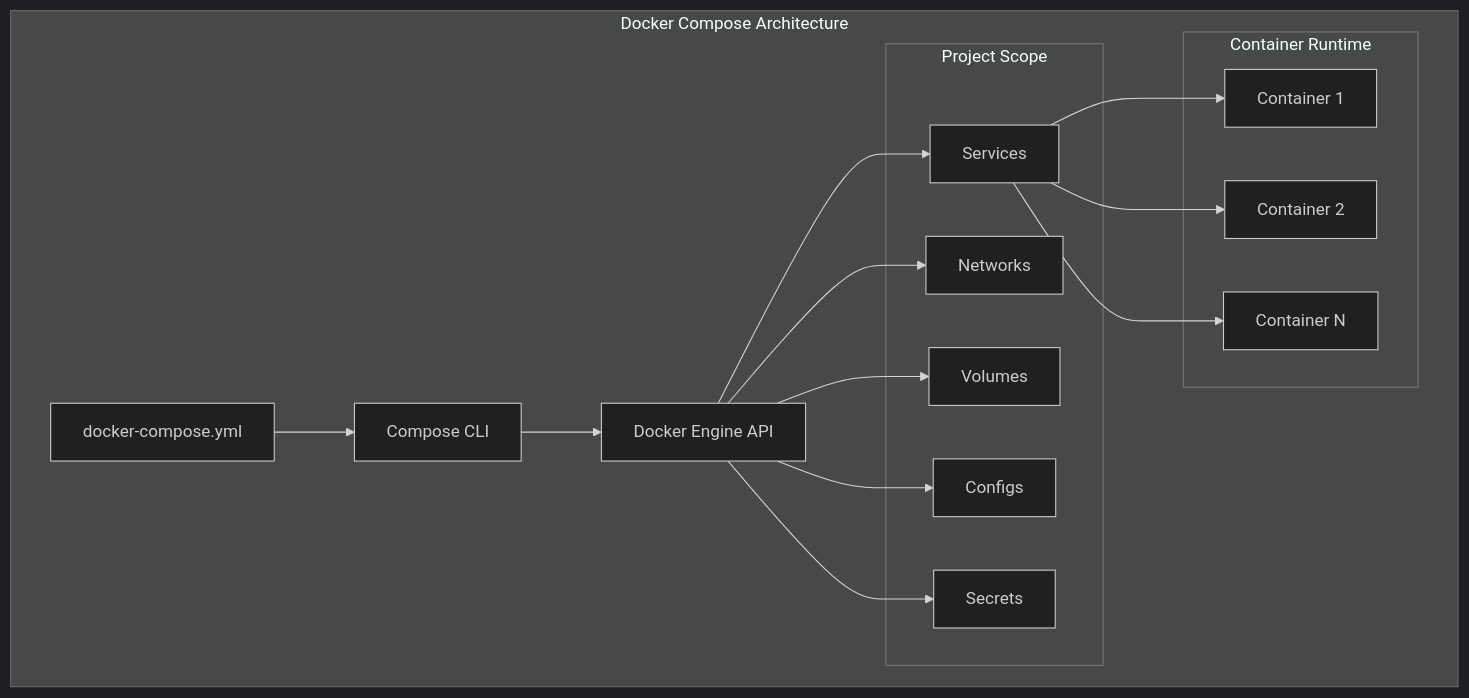
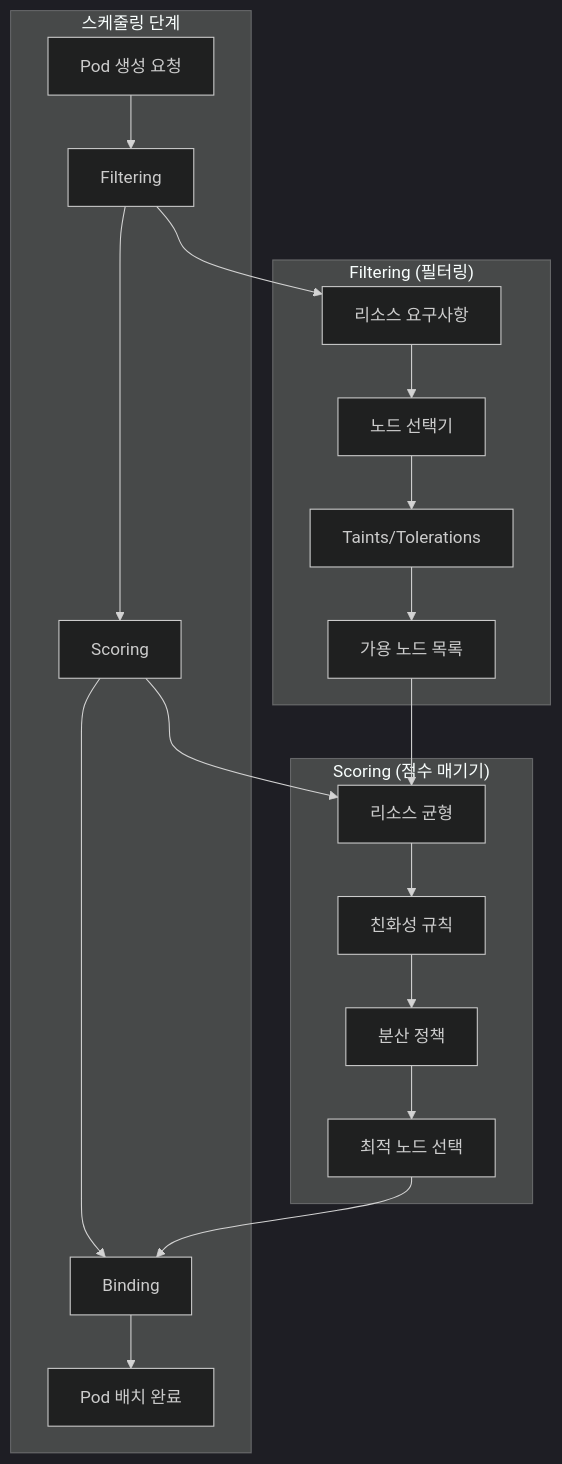
The first of 4 diagrams in week_02/day_01/session_06.md (niceguy61/kdt_devops_lecture_2025), drawn with Mermaid (dark theme) before and after one commit. The commit also changed other lines of this file and 38 other files, not shown here.

````diff
--- a/week_02/day_01/session_06.md
+++ b/week_02/day_01/session_06.md
@@ -15,31 +16,26 @@
 ```mermaid
 graph TB
-    subgraph "Docker Compose Architecture"
-        A[docker-compose.yml] --> B[Compose CLI]
-        B --> C[Docker Engine API]
-        
-        subgraph "Project Scope"
-            D[Services]
-            E[Networks]
-            F[Volumes]
-            G[Configs]
-            H[Secrets]
-        end
-        
-        C --> D
-        C --> E
-        C --> F
-        C --> G
-        C --> H
-        
-        subgraph "Container Runtime"
-            I[Container 1]
-            J[Container 2]
-            K[Container N]
-        end
-        
-        D --> I
-        D --> J
-        D --> K
+    subgraph "스케줄링 단계"
+        A[Pod 생성 요청] --> B[Filtering]
+        B --> C[Scoring]
+        C --> D[Binding]
+        D --> E[Pod 배치 완료]
     end
+    
+    subgraph "Filtering (필터링)"
+        F[리소스 요구사항] --> G[노드 선택기]
+        G --> H[Taints/Tolerations]
+        H --> I[가용 노드 목록]
+    end
+    
+    subgraph "Scoring (점수 매기기)"
+        J[리소스 균형] --> K[친화성 규칙]
+        K --> L[분산 정책]
+        L --> M[최적 노드 선택]
+    end
+    
+    B --> F
+    C --> J
+    I --> J
+    M --> D
 ```
````
